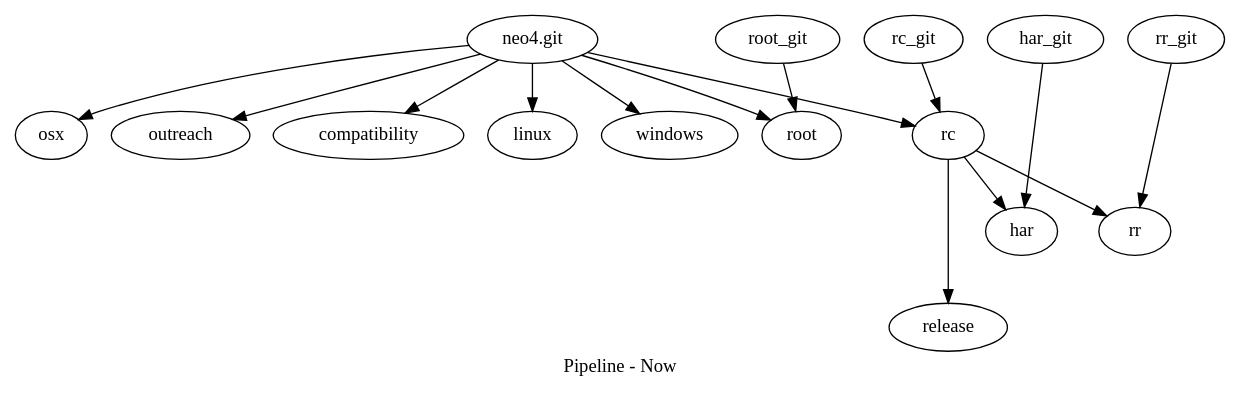
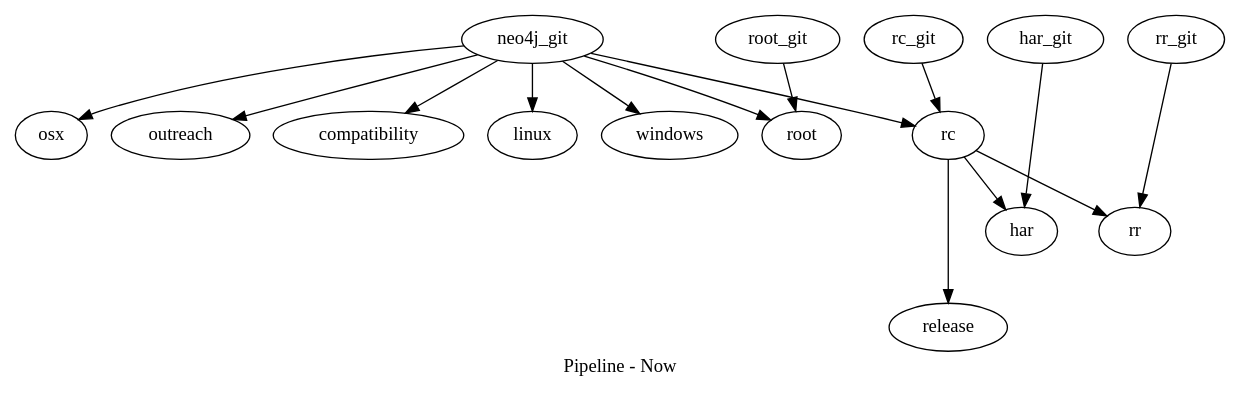
The diagram in pipeline-now.dot (benbc/neo4j-misc), drawn with Graphviz before and after one commit. The commit also changed 2 other files, not shown here.

Commit message:
Back out half-hearted attempt to label repos nicely.

```diff
--- a/pipeline-now.dot
+++ b/pipeline-now.dot
@@ -1,24 +1,24 @@
 digraph PipelineNow {
   label = "Pipeline - Now";
   subgraph {
     rank = "source";
-    neo4j_git [label="neo4.git"];
+    neo4j_git;
     rc_git;
     har_git;
     rr_git;
     root_git;
   }
   subgraph {
     rank = "sink";
     release;
   }
 
   neo4j_git -> {linux windows osx rc outreach compatibility root};
 
   rc_git -> rc;
   har_git -> har;
   rr_git -> rr;
   root_git -> root;
 
   rc -> {release har rr};
 }
```
